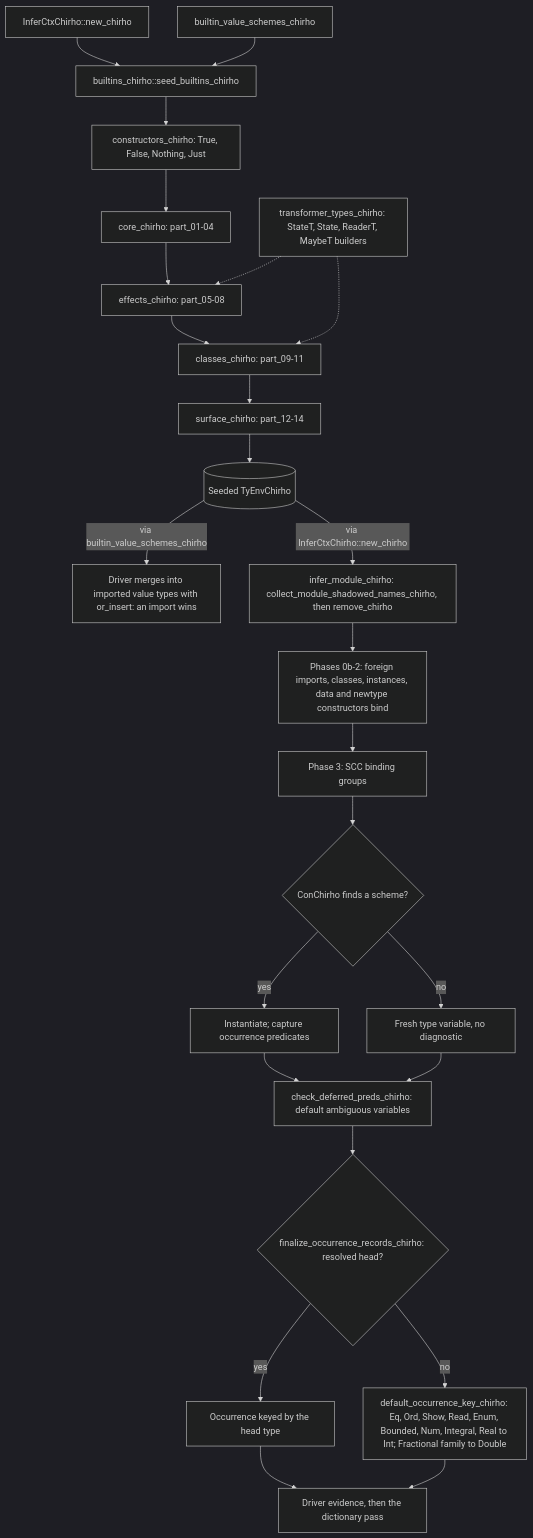
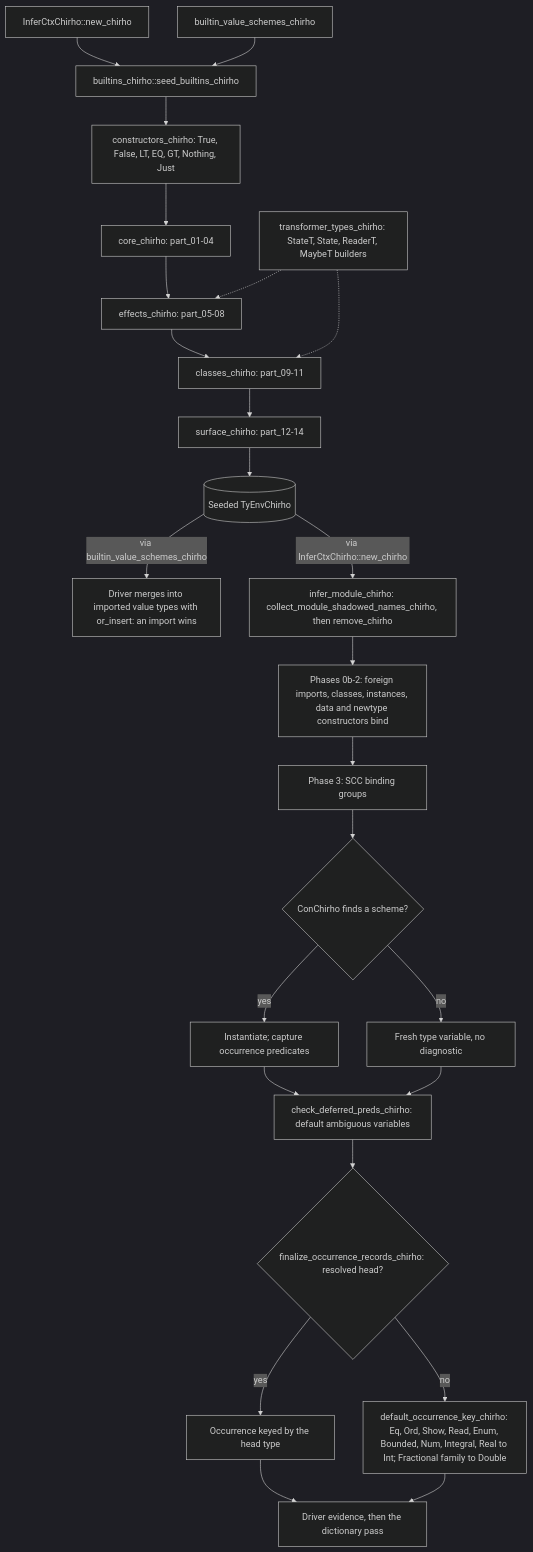
The diagram in spec-chirho/workflows-chirho/compiler-pipeline-chirho/builtin-type-environment-chirho.md (loveJesus/haskelujah-chirho), drawn with Mermaid (dark theme) before and after one commit. The commit also changed other lines of this file and 2 other files, not shown here.

````diff
--- a/spec-chirho/workflows-chirho/compiler-pipeline-chirho/builtin-type-environment-chirho.md
+++ b/spec-chirho/workflows-chirho/compiler-pipeline-chirho/builtin-type-environment-chirho.md
@@ -6,28 +6,28 @@
 ```mermaid
 flowchart TD
     ctx_chirho[InferCtxChirho::new_chirho] --> hub_chirho[builtins_chirho::seed_builtins_chirho]
     schemes_chirho[builtin_value_schemes_chirho] --> hub_chirho
-    hub_chirho --> constructors_chirho[constructors_chirho: True, False, Nothing, Just]
+    hub_chirho --> constructors_chirho[constructors_chirho: True, False, LT, EQ, GT, Nothing, Just]
     constructors_chirho --> core_chirho[core_chirho: part_01-04]
     core_chirho --> effects_chirho[effects_chirho: part_05-08]
     effects_chirho --> classes_chirho[classes_chirho: part_09-11]
     classes_chirho --> surface_chirho[surface_chirho: part_12-14]
     builders_chirho[transformer_types_chirho: StateT, State, ReaderT, MaybeT builders] -.-> effects_chirho
     builders_chirho -.-> classes_chirho
     surface_chirho --> seeded_chirho[(Seeded TyEnvChirho)]
 
     seeded_chirho -- via builtin_value_schemes_chirho --> driver_chirho[Driver merges into imported value types with or_insert: an import wins]
     seeded_chirho -- via InferCtxChirho::new_chirho --> shadow_chirho[infer_module_chirho: collect_module_shadowed_names_chirho, then remove_chirho]
     shadow_chirho --> rebind_chirho[Phases 0b-2: foreign imports, classes, instances, data and newtype constructors bind]
     rebind_chirho --> groups_chirho[Phase 3: SCC binding groups]
     groups_chirho --> bound_chirho{ConChirho finds a scheme?}
     bound_chirho -- yes --> instantiate_chirho[Instantiate; capture occurrence predicates]
     bound_chirho -- no --> fresh_chirho[Fresh type variable, no diagnostic]
     instantiate_chirho --> deferred_chirho[check_deferred_preds_chirho: default ambiguous variables]
     fresh_chirho --> deferred_chirho
     deferred_chirho --> finalize_chirho{finalize_occurrence_records_chirho: resolved head?}
     finalize_chirho -- yes --> key_chirho[Occurrence keyed by the head type]
     finalize_chirho -- no --> default_chirho[default_occurrence_key_chirho: Eq, Ord, Show, Read, Enum, Bounded, Num, Integral, Real to Int; Fractional family to Double]
     key_chirho --> evidence_chirho[Driver evidence, then the dictionary pass]
     default_chirho --> evidence_chirho
 ```
````
